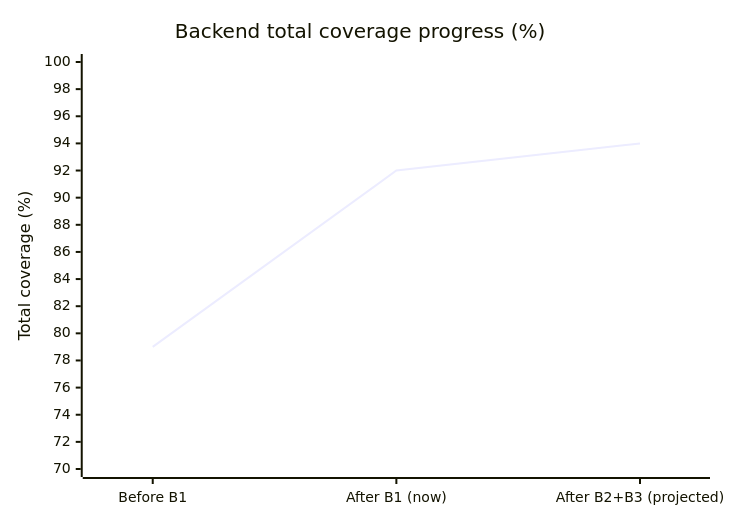
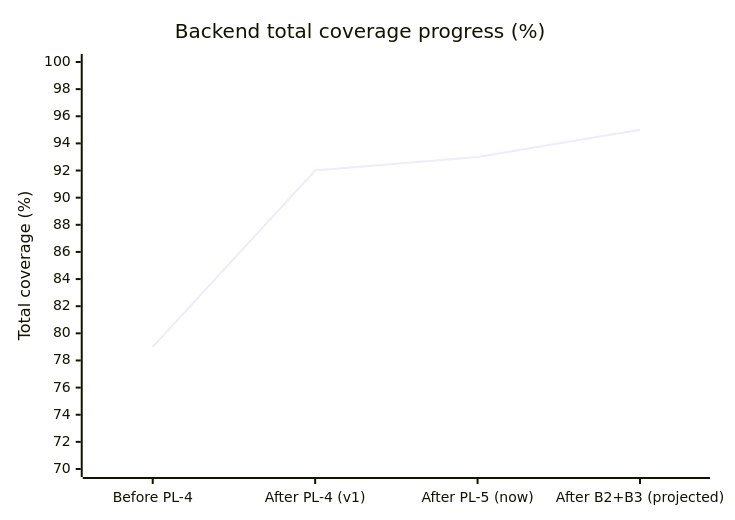
One commit to shaynemeyer/prelegal changed the fifth of 6 diagrams in docs/test-coverage-report.md. Above: the diagram before and after it, drawn with Mermaid. The commit also changed other lines of this file and 14 other files, not shown here.

````diff
--- a/docs/test-coverage-report.md
+++ b/docs/test-coverage-report.md
@@ -286,7 +304,7 @@
 ```mermaid
 xychart-beta
     title "Backend total coverage progress (%)"
-    x-axis ["Before B1", "After B1 (now)", "After B2+B3 (projected)"]
+    x-axis ["Before PL-4", "After PL-4 (v1)", "After PL-5 (now)", "After B2+B3 (projected)"]
     y-axis "Total coverage (%)" 70 --> 100
-    line [79, 92, 94]
+    line [79, 92, 93, 95]
 ```
````
